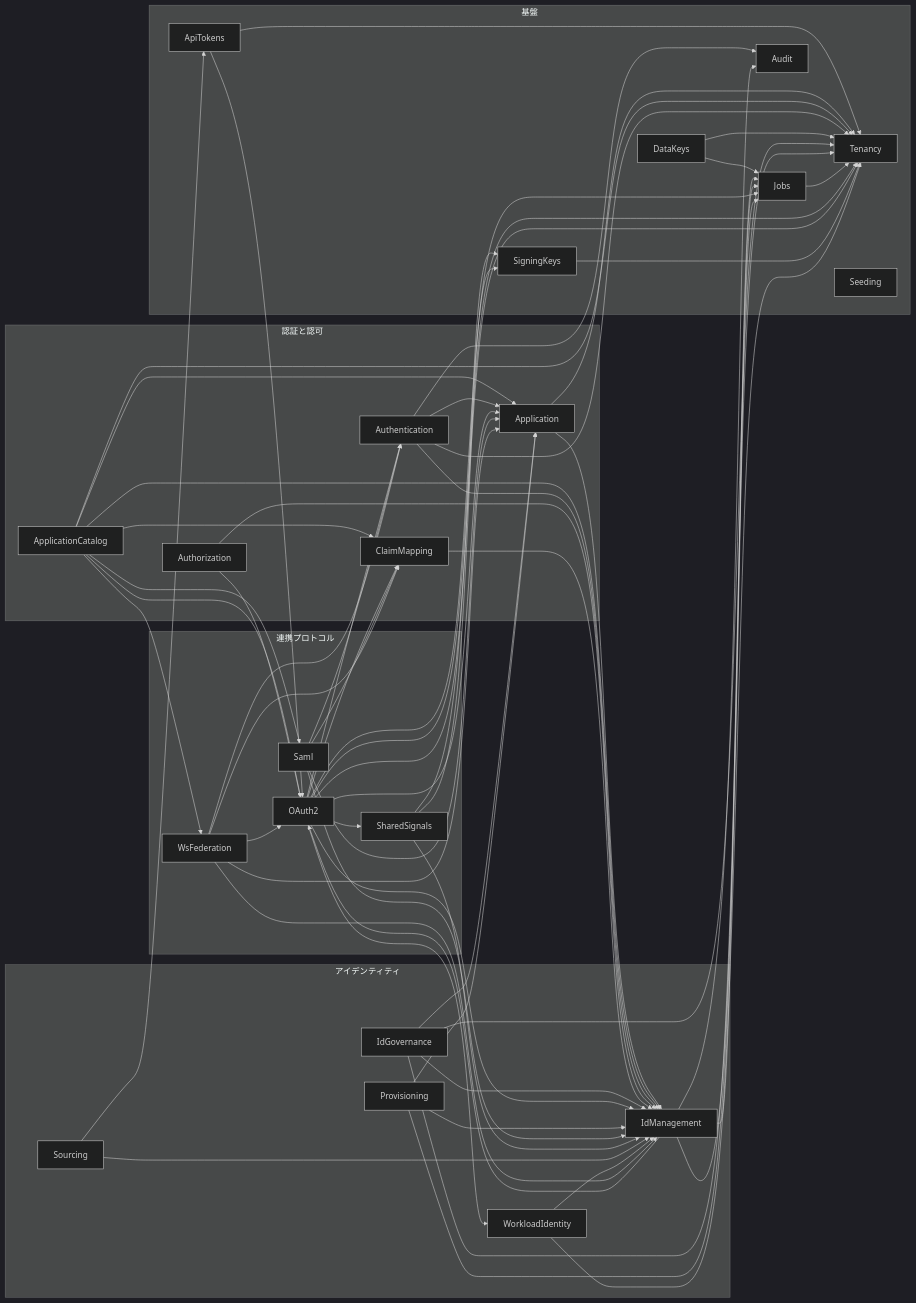
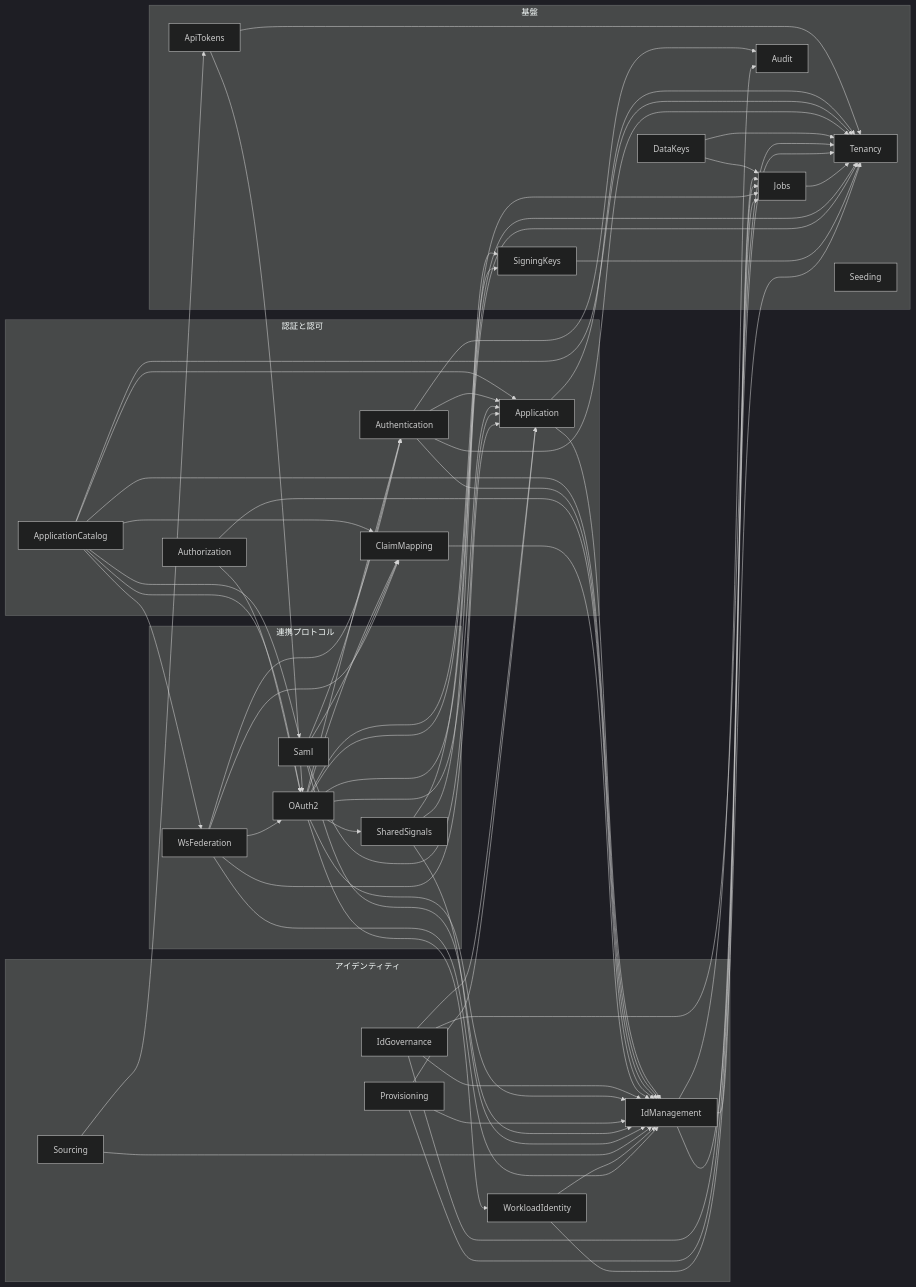
The diagram in docs/modules/README.md (ambi/idmagic), drawn with Mermaid (dark theme) before and after one commit. The commit also changed 17 other files, not shown here.

```diff
--- a/docs/modules/README.md
+++ b/docs/modules/README.md
@@ -154,7 +154,6 @@
   IdGovernance --> Tenancy
   IdManagement --> Audit
   IdManagement --> Jobs
-  IdManagement --> OAuth2
   IdManagement --> Tenancy
   Jobs --> Tenancy
   OAuth2 --> Application
```
